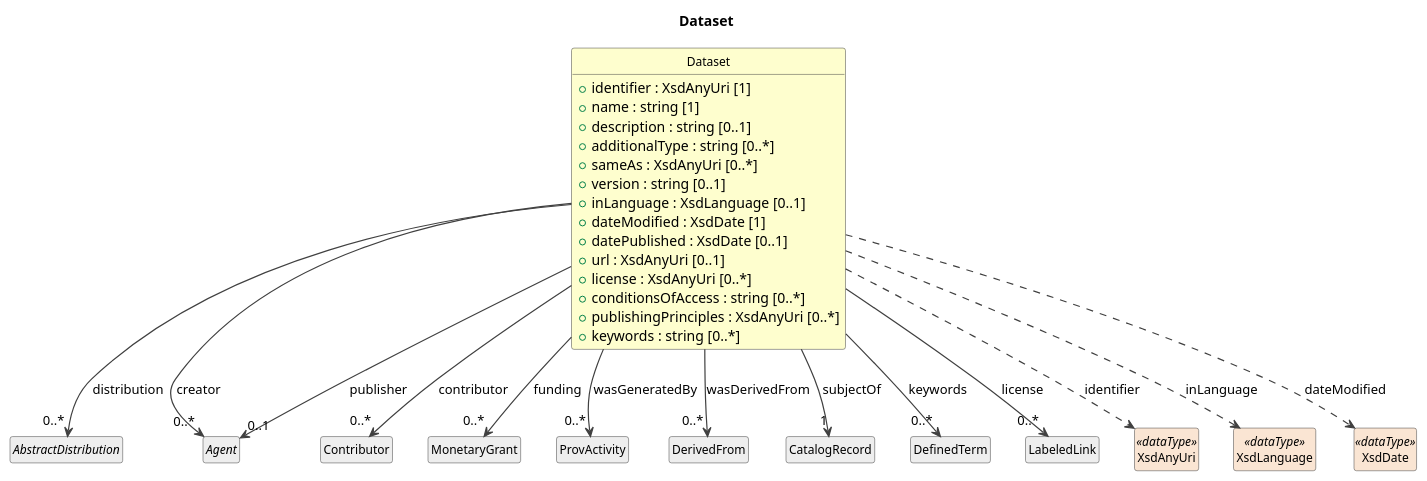
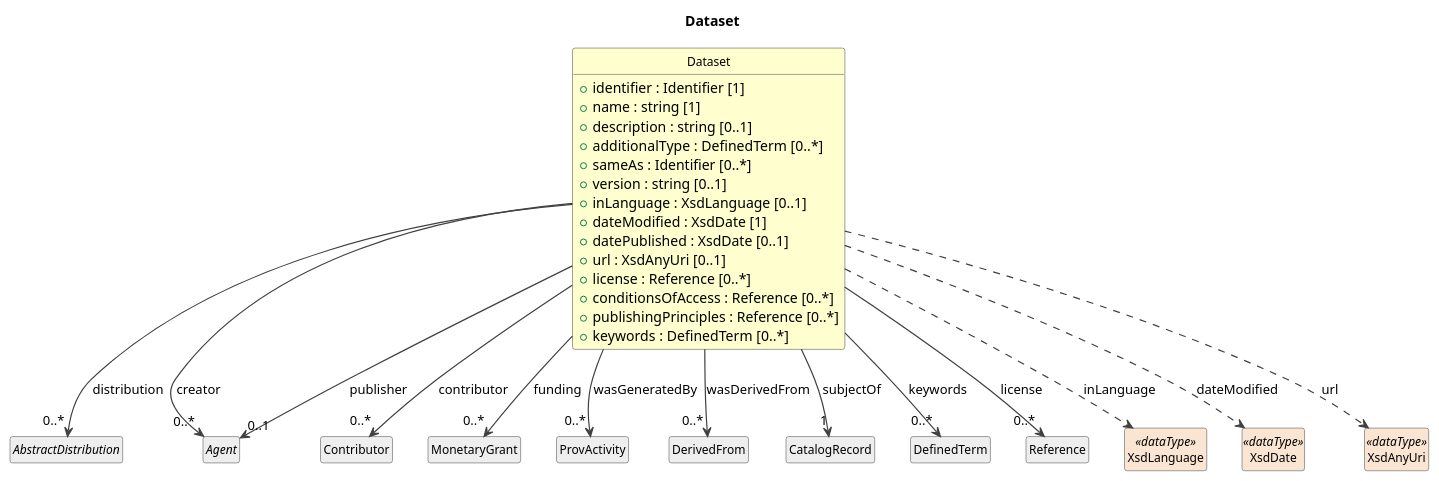
Before and after one commit to Cross-Domain-Interoperability-Framework/metadataBuildingBlocks: the diagram in build/field-level-documentation/CDIFCore/Classes/Dataset.pu, drawn with PlantUML. The commit also changed 411 other files, not shown here.

```diff
--- a/build/field-level-documentation/CDIFCore/Classes/Dataset.pu
+++ b/build/field-level-documentation/CDIFCore/Classes/Dataset.pu
@@ -1,55 +1,55 @@
 @startuml
 title Dataset
 hide circle
 hide empty members
 skinparam shadowing false
 skinparam ArrowThickness 1.2
 skinparam class {
   ArrowColor #404040
   BorderColor #404040
   FontSize 12
 }
 
 class "Dataset" as Dataset #FEFECE {
-  +identifier : XsdAnyUri [1]
+  +identifier : Identifier [1]
   +name : string [1]
   +description : string [0..1]
-  +additionalType : string [0..*]
-  +sameAs : XsdAnyUri [0..*]
+  +additionalType : DefinedTerm [0..*]
+  +sameAs : Identifier [0..*]
   +version : string [0..1]
   +inLanguage : XsdLanguage [0..1]
   +dateModified : XsdDate [1]
   +datePublished : XsdDate [0..1]
   +url : XsdAnyUri [0..1]
-  +license : XsdAnyUri [0..*]
-  +conditionsOfAccess : string [0..*]
-  +publishingPrinciples : XsdAnyUri [0..*]
-  +keywords : string [0..*]
+  +license : Reference [0..*]
+  +conditionsOfAccess : Reference [0..*]
+  +publishingPrinciples : Reference [0..*]
+  +keywords : DefinedTerm [0..*]
 }
 abstract class "AbstractDistribution" as AbstractDistribution #EEEEEE
 Dataset --> "0..*" AbstractDistribution : distribution
 abstract class "Agent" as Agent #EEEEEE
 Dataset --> "0..*" Agent : creator
 class "Contributor" as Contributor #EEEEEE
 Dataset --> "0..*" Contributor : contributor
 Dataset --> "0..1" Agent : publisher
 class "MonetaryGrant" as MonetaryGrant #EEEEEE
 Dataset --> "0..*" MonetaryGrant : funding
 class "ProvActivity" as ProvActivity #EEEEEE
 Dataset --> "0..*" ProvActivity : wasGeneratedBy
 class "DerivedFrom" as DerivedFrom #EEEEEE
 Dataset --> "0..*" DerivedFrom : wasDerivedFrom
 class "CatalogRecord" as CatalogRecord #EEEEEE
 Dataset --> "1" CatalogRecord : subjectOf
 class "DefinedTerm" as DefinedTerm #EEEEEE
 Dataset --> "0..*" DefinedTerm : keywords
-class "LabeledLink" as LabeledLink #EEEEEE
-Dataset --> "0..*" LabeledLink : license
-class "XsdAnyUri" as XsdAnyUri <<dataType>> #FAE5D3
-Dataset ..> XsdAnyUri : identifier
+class "Reference" as Reference #EEEEEE
+Dataset --> "0..*" Reference : license
 class "XsdLanguage" as XsdLanguage <<dataType>> #FAE5D3
 Dataset ..> XsdLanguage : inLanguage
 class "XsdDate" as XsdDate <<dataType>> #FAE5D3
 Dataset ..> XsdDate : dateModified
+class "XsdAnyUri" as XsdAnyUri <<dataType>> #FAE5D3
+Dataset ..> XsdAnyUri : url
 
 @enduml
```
